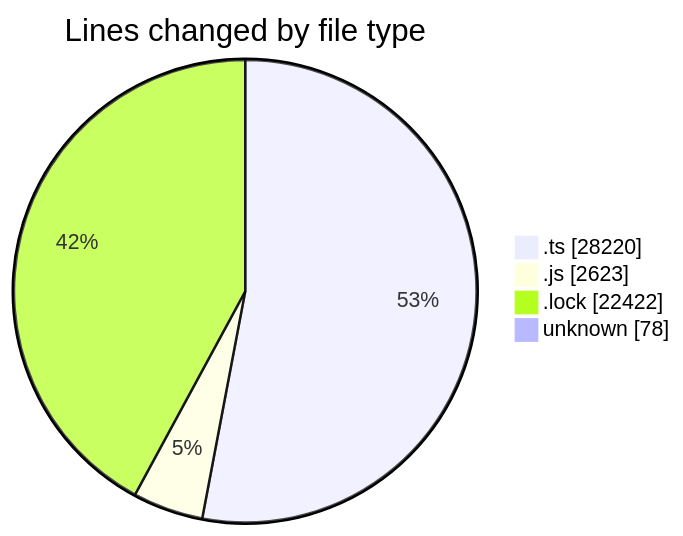
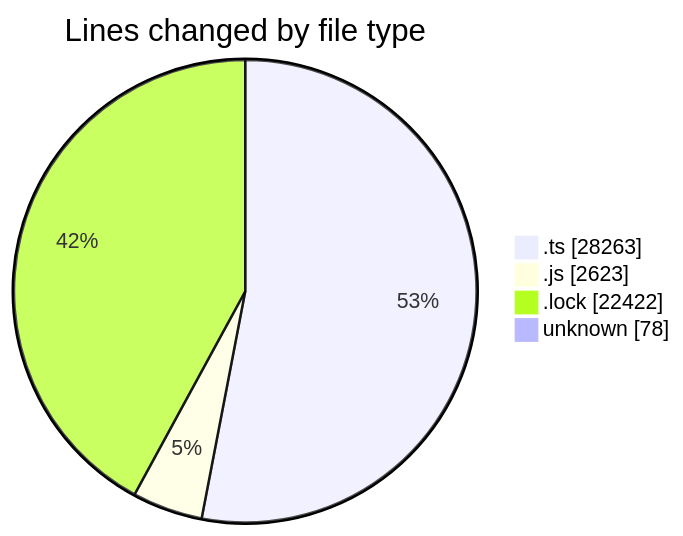
Before and after one commit to momahboobian/code-tracking: the first of 2 diagrams in 2025-05-20/cda/README.md, drawn with Mermaid. The commit also changed other lines of this file and 1 other file, not shown here.

````diff
--- a/2025-05-20/cda/README.md
+++ b/2025-05-20/cda/README.md
@@ -42,8 +42,8 @@
 ```mermaid
 pie showData
 title Lines changed by file type
-".ts" : 28220
+".ts" : 28263
 ".js" : 2623
 ".lock" : 22422
 "unknown" : 78
 ```
````
